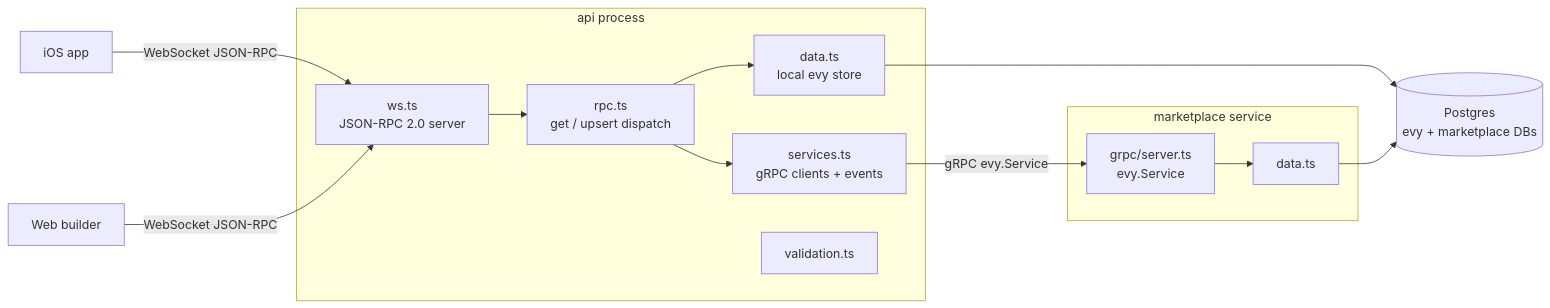
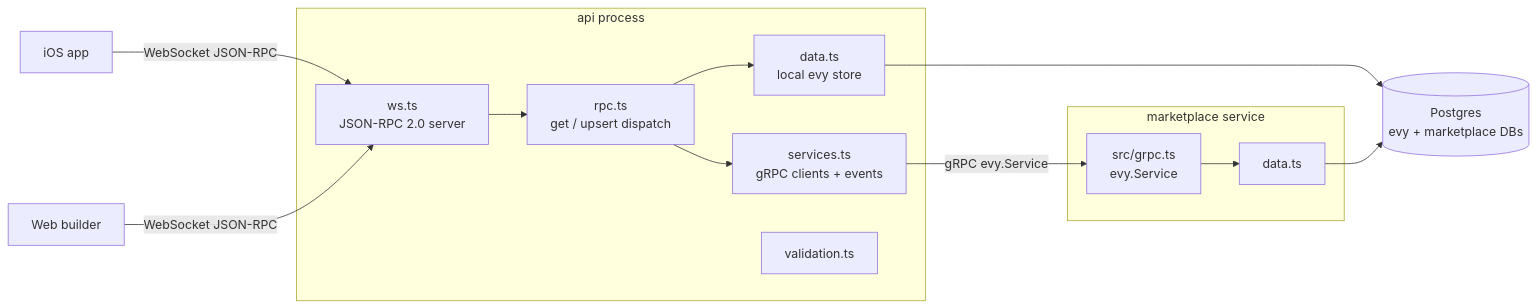
One commit to EVY-Platform/evy changed the first of 3 diagrams in api/README.md. Above: the diagram before and after it, drawn with Mermaid. The commit also changed other lines of this file and 6 other files, not shown here.

````diff
--- a/api/README.md
+++ b/api/README.md
@@ -11,30 +11,30 @@
 ```mermaid
 flowchart LR
     ios[iOS app]
     web[Web builder]
 
     subgraph api_process [api process]
         ws[ws.ts<br/>JSON-RPC 2.0 server]
         rpc[rpc.ts<br/>get / upsert dispatch]
         data[data.ts<br/>local evy store]
         services[services.ts<br/>gRPC clients + events]
         validation[validation.ts]
     end
 
     subgraph marketplace_process [marketplace service]
-        grpc[grpc/server.ts<br/>evy.Service]
+        grpc[src/grpc.ts<br/>evy.Service]
         mdata[data.ts]
     end
 
     pg[(Postgres<br/>evy + marketplace DBs)]
 
     ios -- WebSocket JSON-RPC --> ws
     web -- WebSocket JSON-RPC --> ws
     ws --> rpc
     rpc --> data
     rpc --> services
     services -- gRPC evy.Service --> grpc
     data --> pg
     grpc --> mdata
     mdata --> pg
 ```
````
